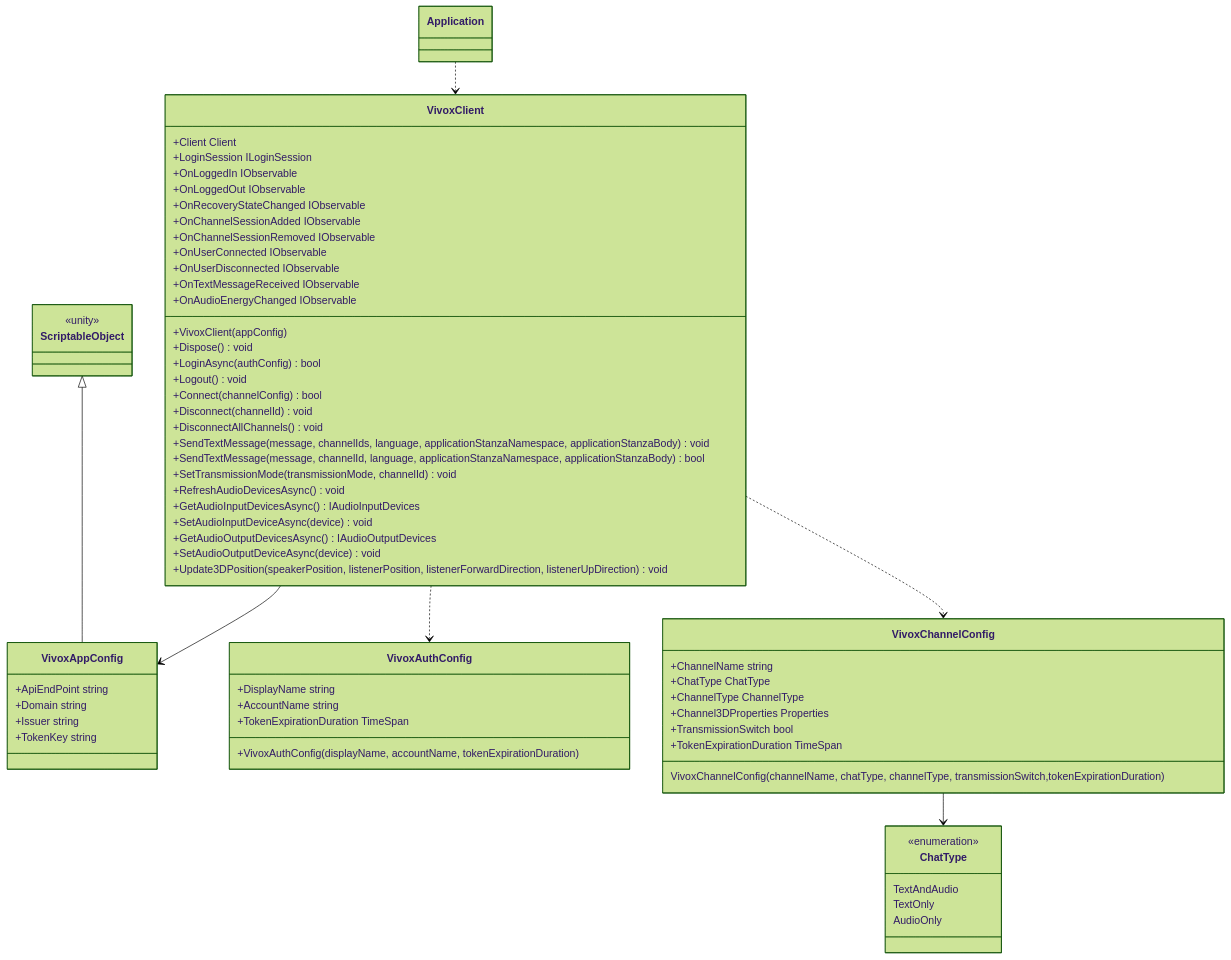
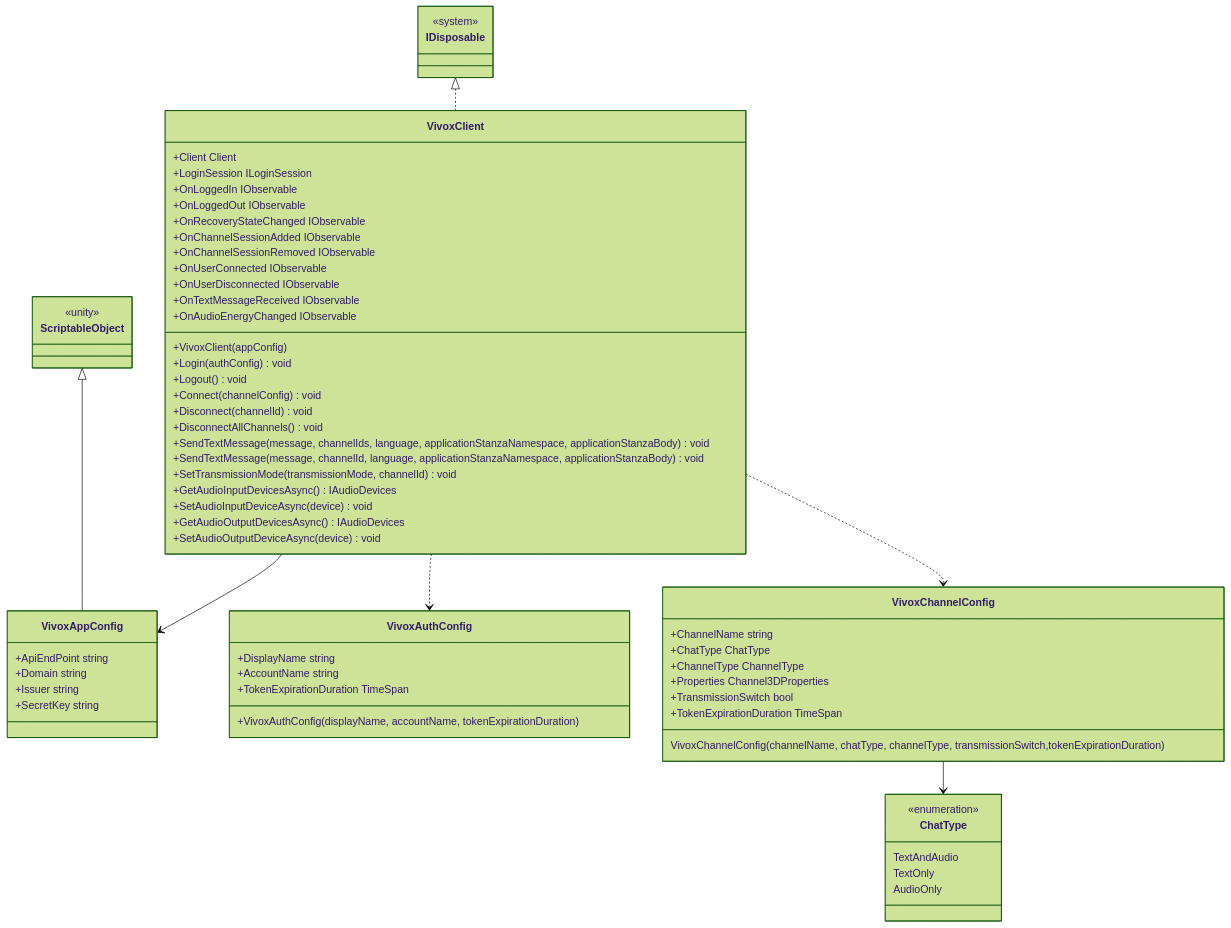
The diagram in docs/integration/chat.vivox.md (extreal-dev/Extreal.Guide), drawn with Mermaid (forest theme) before and after one commit. The commit also changed other lines of this file and 18 other files, not shown here.

````diff
--- a/docs/integration/chat.vivox.md
+++ b/docs/integration/chat.vivox.md
@@ -40,78 +40,76 @@
 ```mermaid
 classDiagram
 
-    Application ..> VivoxClient
     VivoxClient --> VivoxAppConfig
     VivoxClient ..> VivoxAuthConfig
     VivoxClient ..> VivoxChannelConfig
     VivoxChannelConfig --> ChatType
     ScriptableObject <|-- VivoxAppConfig
-
-    class Application {
-    }
+    IDisposable <|.. VivoxClient
 
     class VivoxClient {
         +Client Client
         +LoginSession ILoginSession
         +OnLoggedIn IObservable
         +OnLoggedOut IObservable
         +OnRecoveryStateChanged IObservable
         +OnChannelSessionAdded IObservable
         +OnChannelSessionRemoved IObservable
         +OnUserConnected IObservable
         +OnUserDisconnected IObservable
         +OnTextMessageReceived IObservable
         +OnAudioEnergyChanged IObservable
         +VivoxClient(appConfig)
-        +Dispose() void
-        +LoginAsync(authConfig) bool
+        +Login(authConfig) void
         +Logout() void
-        +Connect(channelConfig) bool
+        +Connect(channelConfig) void
         +Disconnect(channelId) void
         +DisconnectAllChannels() void
         +SendTextMessage(message, channelIds, language, applicationStanzaNamespace, applicationStanzaBody) void
-        +SendTextMessage(message, channelId, language, applicationStanzaNamespace, applicationStanzaBody) bool
+        +SendTextMessage(message, channelId, language, applicationStanzaNamespace, applicationStanzaBody) void
         +SetTransmissionMode(transmissionMode, channelId) void
-        +RefreshAudioDevicesAsync() void
-        +GetAudioInputDevicesAsync() IAudioInputDevices
+        +GetAudioInputDevicesAsync() IAudioDevices
         +SetAudioInputDeviceAsync(device) void
-        +GetAudioOutputDevicesAsync() IAudioOutputDevices
+        +GetAudioOutputDevicesAsync() IAudioDevices
         +SetAudioOutputDeviceAsync(device) void
-        +Update3DPosition(speakerPosition, listenerPosition, listenerForwardDirection, listenerUpDirection) void
     }
 
     class VivoxAppConfig {
         +ApiEndPoint string
         +Domain string
         +Issuer string
-        +TokenKey string
+        +SecretKey string
     }
 
     class VivoxAuthConfig {
         +DisplayName string
         +AccountName string
         +TokenExpirationDuration TimeSpan
         +VivoxAuthConfig(displayName, accountName,  tokenExpirationDuration)
     }
 
     class ChatType {
         <<enumeration>>
         TextAndAudio
         TextOnly
         AudioOnly
     }
 
     class VivoxChannelConfig {
         +ChannelName string
         +ChatType ChatType
         +ChannelType ChannelType
-        +Channel3DProperties Properties
+        +Properties Channel3DProperties
         +TransmissionSwitch bool
         +TokenExpirationDuration TimeSpan
         VivoxChannelConfig(channelName, chatType, channelType, transmissionSwitch,tokenExpirationDuration)
     }
 
     class ScriptableObject {
         <<unity>>
     }
+
+    class IDisposable {
+        <<system>>
+    }
 ```
````
